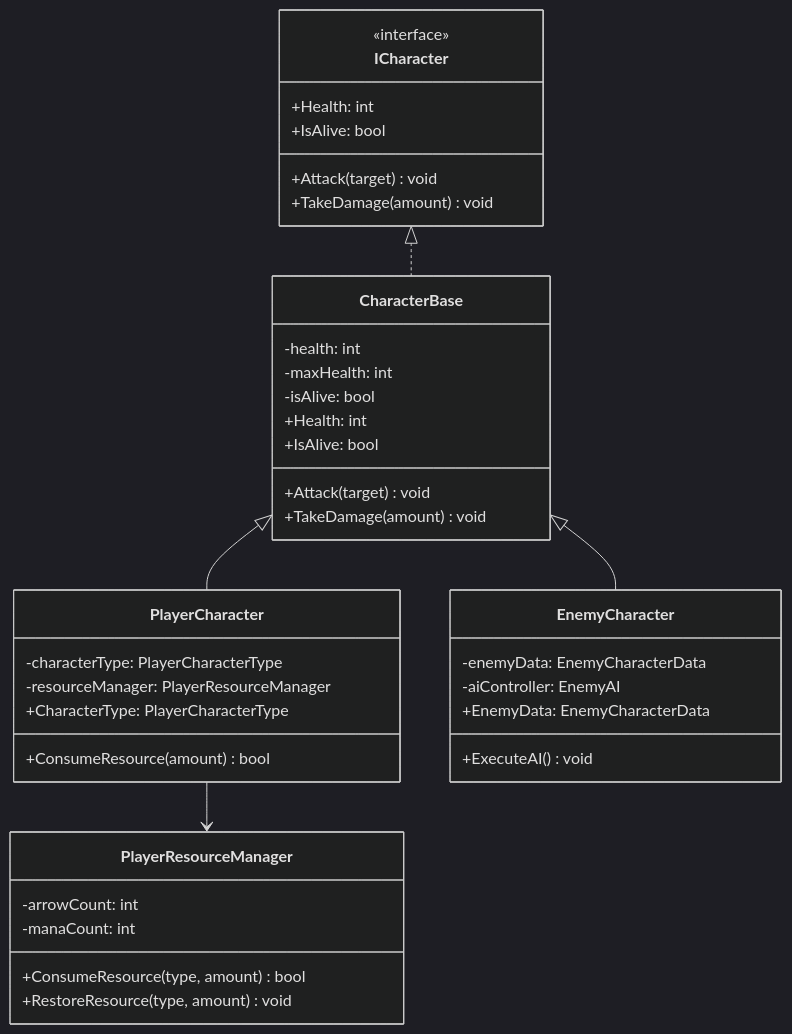
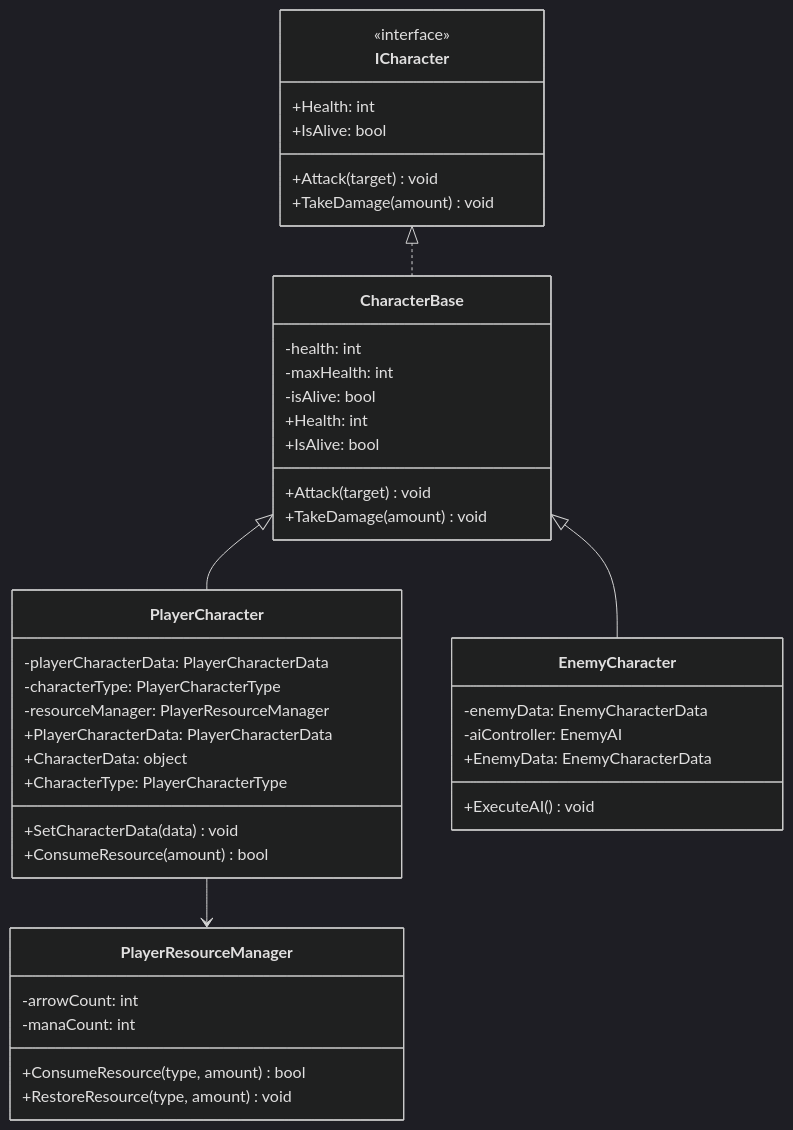
Before and after one commit to rogue-school/RougeShool: the second of 3 diagrams in Assets/Script/CharacterSystem/CharacterSystem_개발문서.md, drawn with Mermaid (dark theme). The commit also changed other lines of this file and 9 other files, not shown here.

````diff
--- a/Assets/Script/CharacterSystem/CharacterSystem_개발문서.md
+++ b/Assets/Script/CharacterSystem/CharacterSystem_개발문서.md
@@ -443,46 +482,50 @@
 ```mermaid
 classDiagram
     class ICharacter {
         <<interface>>
         +Health: int
         +IsAlive: bool
         +Attack(target) void
         +TakeDamage(amount) void
     }
     
     class CharacterBase {
         -health: int
         -maxHealth: int
         -isAlive: bool
         +Health: int
         +IsAlive: bool
         +Attack(target) void
         +TakeDamage(amount) void
     }
     
     class PlayerCharacter {
+        -playerCharacterData: PlayerCharacterData
         -characterType: PlayerCharacterType
         -resourceManager: PlayerResourceManager
+        +PlayerCharacterData: PlayerCharacterData
+        +CharacterData: object
+        +SetCharacterData(data) void
         +CharacterType: PlayerCharacterType
         +ConsumeResource(amount) bool
     }
     
     class EnemyCharacter {
         -enemyData: EnemyCharacterData
         -aiController: EnemyAI
         +EnemyData: EnemyCharacterData
         +ExecuteAI() void
     }
     
     class PlayerResourceManager {
         -arrowCount: int
         -manaCount: int
         +ConsumeResource(type, amount) bool
         +RestoreResource(type, amount) void
     }
     
     ICharacter <|.. CharacterBase
     CharacterBase <|-- PlayerCharacter
     CharacterBase <|-- EnemyCharacter
     PlayerCharacter --> PlayerResourceManager
 ```
````
